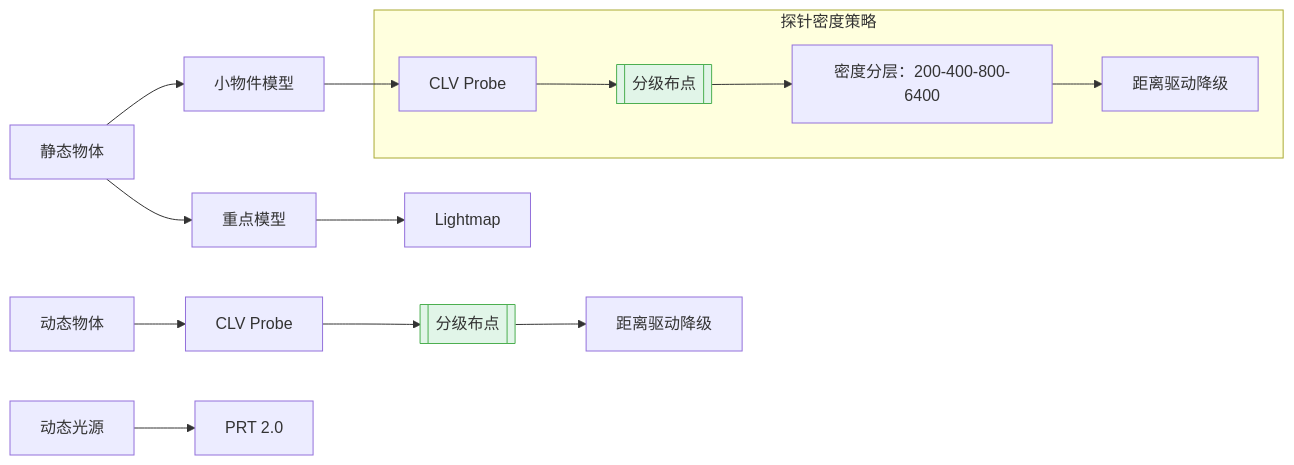
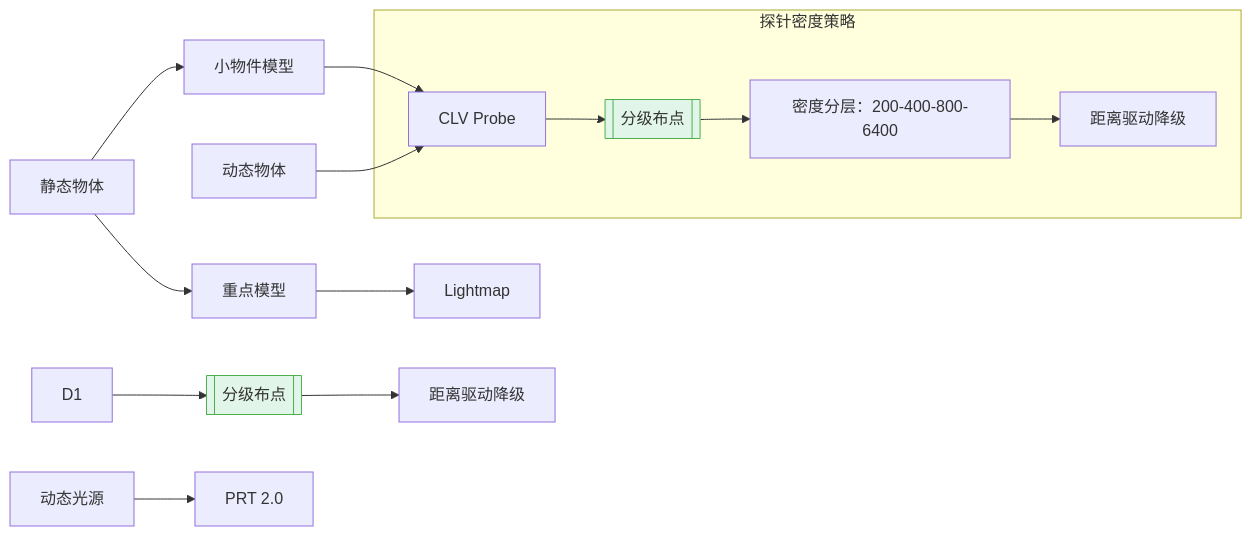
Before and after one commit to archieluan/iodraw-files: the diagram in all/未命名-5.md, drawn with Mermaid.

Commit message:
2025-07-08 11:02:21 update

````diff
--- a/all/未命名-5.md
+++ b/all/未命名-5.md
@@ -1,22 +1,22 @@
 ```mermaid
 graph LR
   %% 保留原基础框架
   A[静态物体] --> A1[重点模型] --> A2[Lightmap]
   A --> B[小物件模型] --> B1[CLV Probe]
   
   %% 新增分级标注
   subgraph 探针密度策略
     B1 --> C[[分级布点]]
     C --> C1["密度分层：200-400-800-6400"]
     C1 --> C2["距离驱动降级"]
     style C fill:#e1f5e8,stroke:#4caf50
   end
   
   %% 动态部分严格区分
-  D[动态物体] --> D1[CLV Probe] 
+  D[动态物体] --> B1[CLV Probe] 
   D1 --> D2[[分级布点]] 
   D2 --> D3[距离驱动降级]
   style D2 fill:#e1f5e8,stroke:#4caf50
   
   E[动态光源] --> E1[PRT 2.0]
 ```
````
